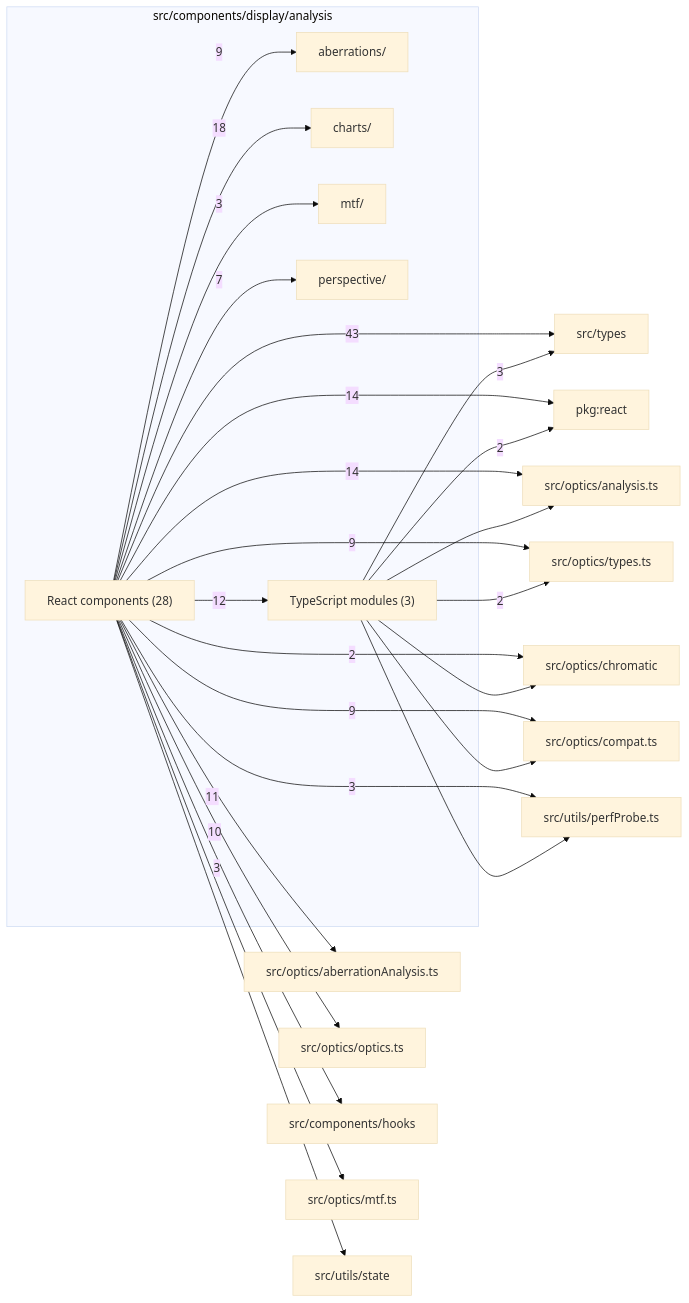
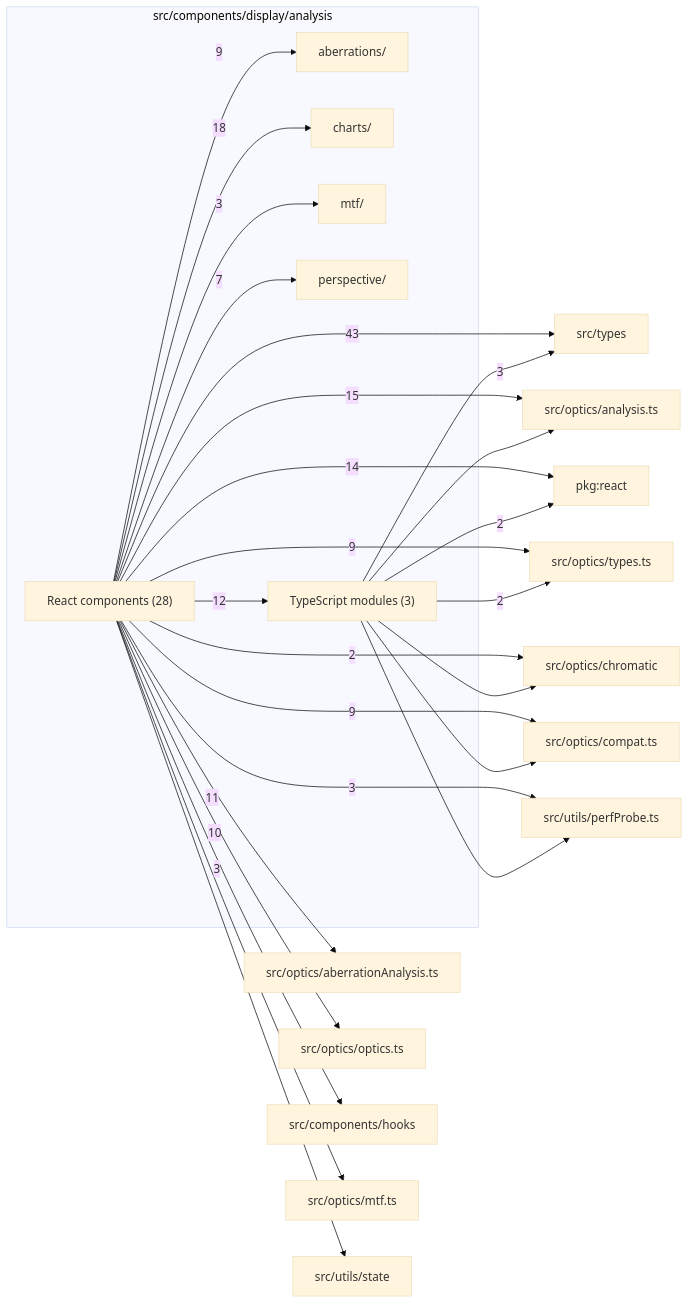
The diagram in src/components/display/analysis/readme.md (ronbuening/LensVisualizer), drawn with Mermaid (base theme) before and after one commit. The commit also changed other lines of this file and 54 other files, not shown here.

````diff
--- a/src/components/display/analysis/readme.md
+++ b/src/components/display/analysis/readme.md
@@ -9,47 +9,47 @@
 ```mermaid
 flowchart LR
   subgraph n_src_components_display_analysis["src/components/display/analysis"]
     n_src_components_display_analysis_src_components_display_analysis_aberrations["aberrations/"]
     n_src_components_display_analysis_src_components_display_analysis_charts["charts/"]
     n_src_components_display_analysis_src_components_display_analysis_mtf["mtf/"]
     n_src_components_display_analysis_src_components_display_analysis_perspective["perspective/"]
     n_src_components_display_analysis_React_components["React components (28)"]
     n_src_components_display_analysis_TypeScript_modules["TypeScript modules (3)"]
   end
   n_external_src_types["src/types"]
+  n_external_src_optics_analysis_ts["src/optics/analysis.ts"]
   n_external_pkg_react["pkg:react"]
-  n_external_src_optics_analysis_ts["src/optics/analysis.ts"]
   n_external_src_optics_aberrationAnalysis_ts["src/optics/aberrationAnalysis.ts"]
   n_external_src_optics_optics_ts["src/optics/optics.ts"]
   n_external_src_optics_compat_ts["src/optics/compat.ts"]
   n_external_src_optics_types_ts["src/optics/types.ts"]
   n_external_src_components_hooks["src/components/hooks"]
   n_external_src_utils_perfProbe_ts["src/utils/perfProbe.ts"]
   n_external_src_optics_chromatic["src/optics/chromatic"]
   n_external_src_optics_mtf_ts["src/optics/mtf.ts"]
   n_external_src_utils_state["src/utils/state"]
   n_src_components_display_analysis_React_components --> |43| n_external_src_types
   n_src_components_display_analysis_React_components --> |18| n_src_components_display_analysis_src_components_display_analysis_charts
+  n_src_components_display_analysis_React_components --> |15| n_external_src_optics_analysis_ts
   n_src_components_display_analysis_React_components --> |14| n_external_pkg_react
-  n_src_components_display_analysis_React_components --> |14| n_external_src_optics_analysis_ts
   n_src_components_display_analysis_React_components --> |12| n_src_components_display_analysis_TypeScript_modules
   n_src_components_display_analysis_React_components --> |11| n_external_src_optics_aberrationAnalysis_ts
   n_src_components_display_analysis_React_components --> |10| n_external_src_optics_optics_ts
   n_src_components_display_analysis_React_components --> |9| n_external_src_optics_compat_ts
   n_src_components_display_analysis_React_components --> |9| n_external_src_optics_types_ts
   n_src_components_display_analysis_React_components --> |9| n_src_components_display_analysis_src_components_display_analysis_aberrations
   n_src_components_display_analysis_React_components --> |7| n_src_components_display_analysis_src_components_display_analysis_perspective
   n_src_components_display_analysis_React_components --> |3| n_external_src_components_hooks
   n_src_components_display_analysis_TypeScript_modules --> |3| n_external_src_types
   n_src_components_display_analysis_React_components --> |3| n_external_src_utils_perfProbe_ts
   n_src_components_display_analysis_React_components --> |3| n_src_components_display_analysis_src_components_display_analysis_mtf
   n_src_components_display_analysis_TypeScript_modules --> |2| n_external_pkg_react
   n_src_components_display_analysis_React_components --> |2| n_external_src_optics_chromatic
   n_src_components_display_analysis_TypeScript_modules --> |2| n_external_src_optics_types_ts
   n_src_components_display_analysis_TypeScript_modules --> n_external_src_optics_analysis_ts
   n_src_components_display_analysis_TypeScript_modules --> n_external_src_optics_chromatic
   n_src_components_display_analysis_TypeScript_modules --> n_external_src_optics_compat_ts
   n_src_components_display_analysis_React_components --> n_external_src_optics_mtf_ts
   n_src_components_display_analysis_TypeScript_modules --> n_external_src_utils_perfProbe_ts
   n_src_components_display_analysis_React_components --> n_external_src_utils_state
 ```
````
